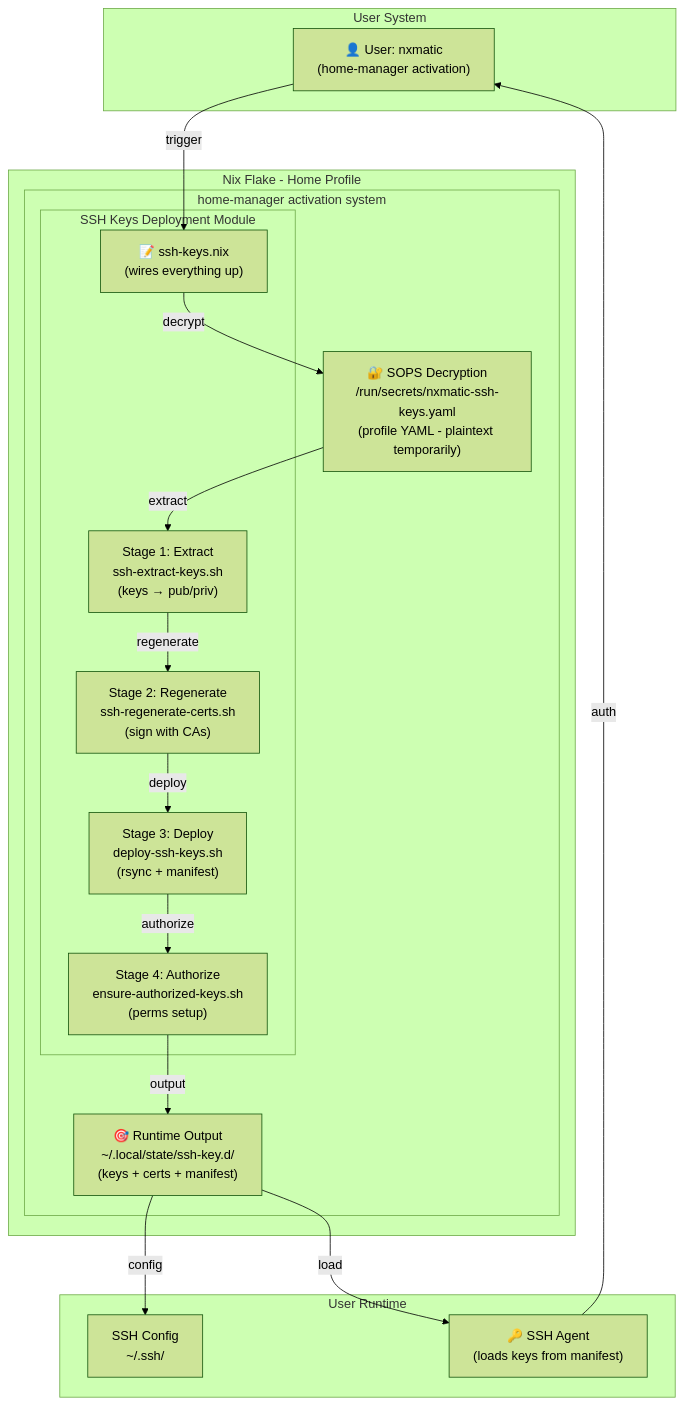
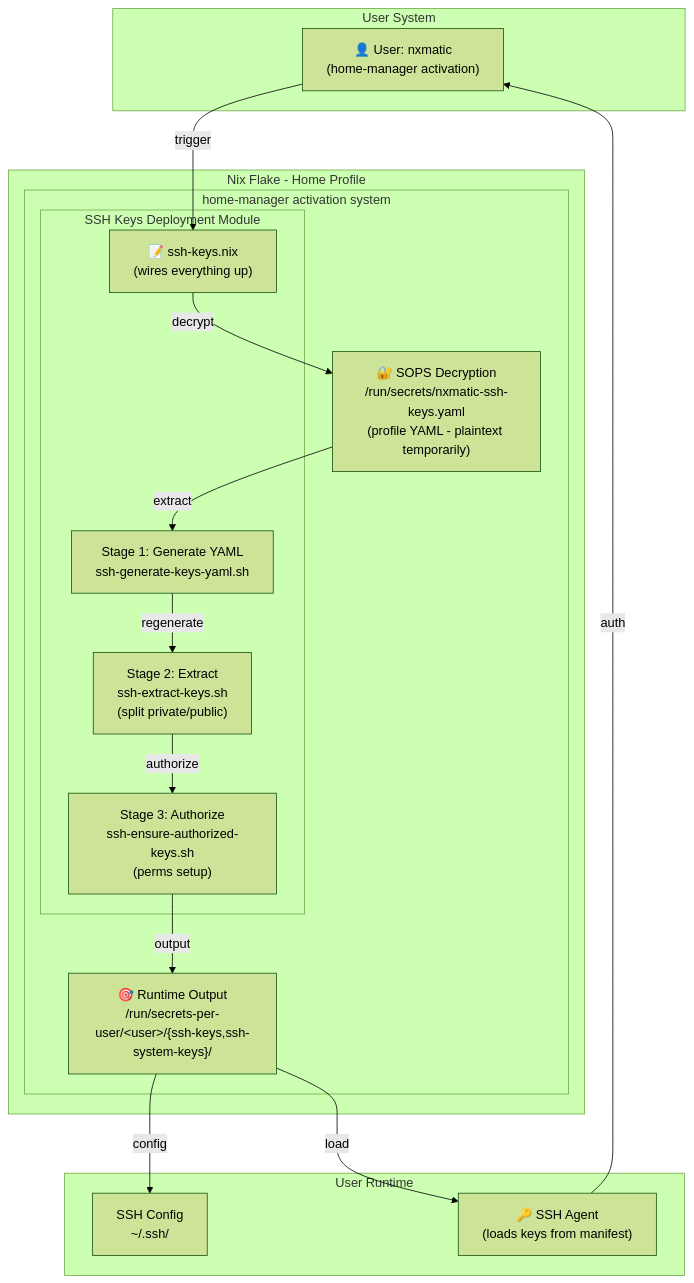
The first of 7 diagrams in docs/ssh-keys-diagrams.adoc (seedmatic/ndh), drawn with Mermaid (forest theme) before and after one commit. The commit also changed other lines of this file and 23 other files, not shown here.

Commit message:
chore(ssh): better keys distribution from nix

```diff
--- a/docs/ssh-keys-diagrams.adoc
+++ b/docs/ssh-keys-diagrams.adoc
@@ -12,39 +23,37 @@
 [mermaid]
 ----
 graph TB
     subgraph "User System"
         user["👤 User: nxmatic<br/>(home-manager activation)"]
     end
     
     subgraph "Nix Flake - Home Profile"
         subgraph "home-manager activation system"
             sops["🔐 SOPS Decryption<br/>/run/secrets/nxmatic-ssh-keys.yaml<br/>(profile YAML - plaintext temporarily)"]
             
             subgraph "SSH Keys Deployment Module"
                 nix["📝 ssh-keys.nix<br/>(wires everything up)"]
-                stage1["Stage 1: Extract<br/>ssh-extract-keys.sh<br/>(keys → pub/priv)"]
-                stage2["Stage 2: Regenerate<br/>ssh-regenerate-certs.sh<br/>(sign with CAs)"]
-                stage3["Stage 3: Deploy<br/>deploy-ssh-keys.sh<br/>(rsync + manifest)"]
-                stage4["Stage 4: Authorize<br/>ensure-authorized-keys.sh<br/>(perms setup)"]
+                stage1["Stage 1: Generate YAML<br/>ssh-generate-keys-yaml.sh"]
+                stage2["Stage 2: Extract<br/>ssh-extract-keys.sh<br/>(split private/public)"]
+                stage3["Stage 3: Authorize<br/>ssh-ensure-authorized-keys.sh<br/>(perms setup)"]
             end
             
-            runtime["🎯 Runtime Output<br/>~/.local/state/ssh-key.d/<br/>(keys + certs + manifest)"]
+            runtime["🎯 Runtime Output<br/>/run/secrets-per-user/&lt;user&gt;/{ssh-keys,ssh-system-keys}/"]
         end
     end
     
     subgraph "User Runtime"
         ssh_config["SSH Config<br/>~/.ssh/"]
         agent["🔑 SSH Agent<br/>(loads keys from manifest)"]
     end
     
     user -->|trigger| nix
     nix -->|decrypt| sops
     sops -->|extract| stage1
     stage1 -->|regenerate| stage2
-    stage2 -->|deploy| stage3
-    stage3 -->|authorize| stage4
-    stage4 -->|output| runtime
+    stage2 -->|authorize| stage3
+    stage3 -->|output| runtime
     runtime -->|load| agent
     runtime -->|config| ssh_config
     agent -->|auth| user
 ----
```
